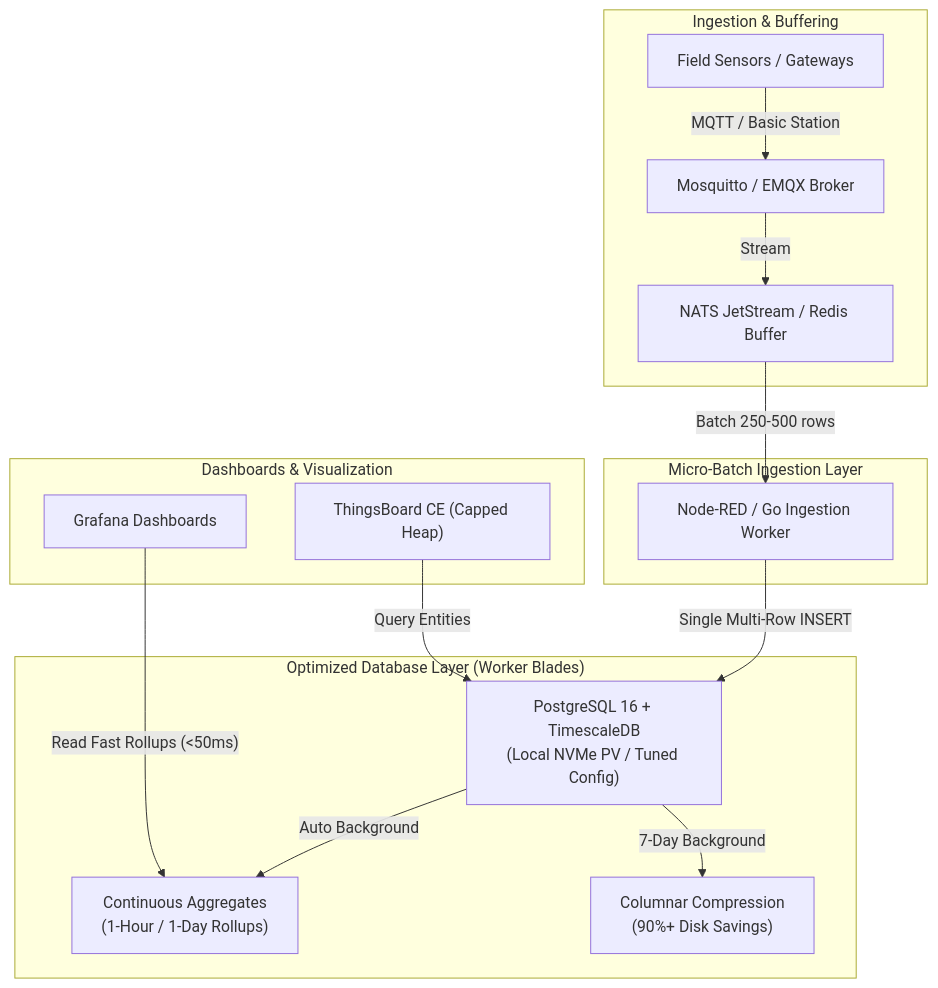
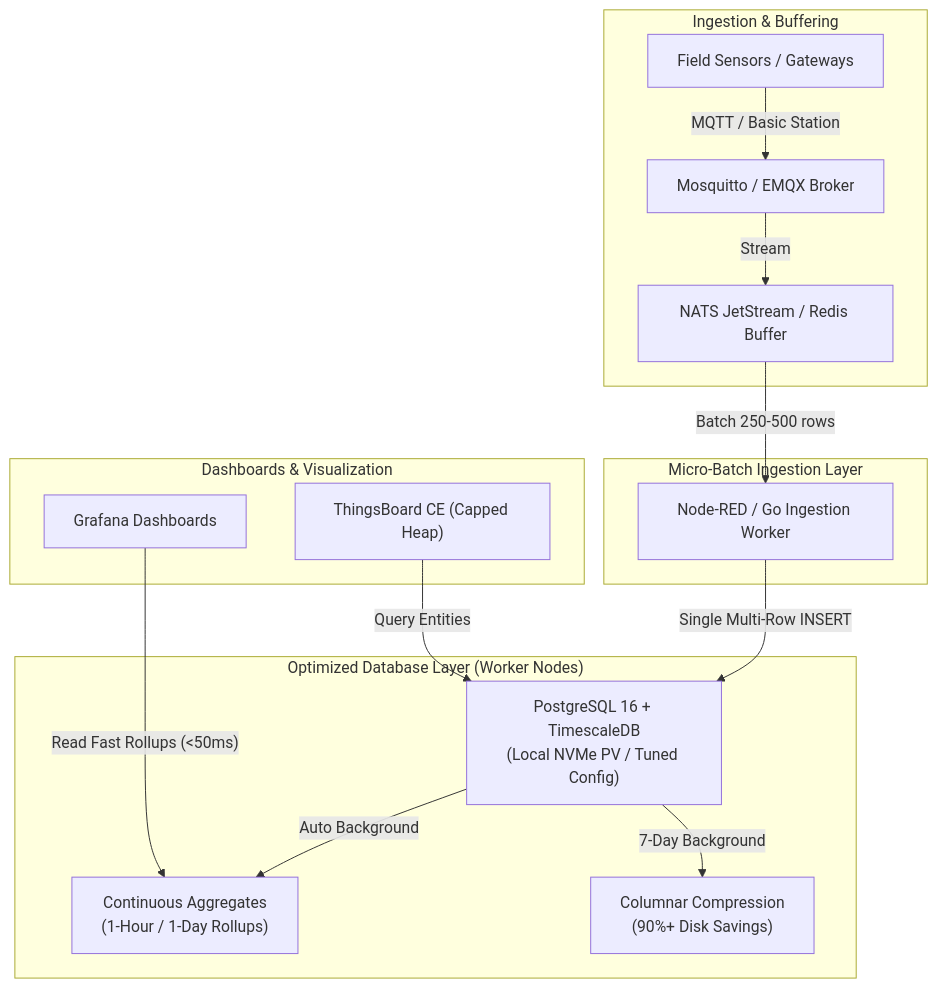
The diagram in docs/PHASE_2_CHIRPSTACK_THINGSBOARD_PERFORMANCE.md (paulkanz/super6c-k3s-ha), drawn with Mermaid before and after one commit. The commit also changed other lines of this file and 13 other files, not shown here.

Commit message:
docs: standardize terminology from blade to compute module/node across architecture and diagrams

````diff
--- a/docs/PHASE_2_CHIRPSTACK_THINGSBOARD_PERFORMANCE.md
+++ b/docs/PHASE_2_CHIRPSTACK_THINGSBOARD_PERFORMANCE.md
@@ -74,22 +74,22 @@
 ```mermaid
 flowchart TD
     subgraph INGEST ["Ingestion & Buffering"]
         SENSORS["Field Sensors / Gateways"] -->|MQTT / Basic Station| BROKER["Mosquitto / EMQX Broker"]
         BROKER -->|Stream| NATS["NATS JetStream / Redis Buffer"]
     end
 
     subgraph PIPELINE ["Micro-Batch Ingestion Layer"]
         NATS -->|Batch 250-500 rows| WORKER["Node-RED / Go Ingestion Worker"]
     end
 
-    subgraph DB ["Optimized Database Layer (Worker Blades)"]
+    subgraph DB ["Optimized Database Layer (Worker Nodes)"]
         WORKER -->|Single Multi-Row INSERT| PG["PostgreSQL 16 + TimescaleDB<br/>(Local NVMe PV / Tuned Config)"]
         PG -->|Auto Background| CAGGS["Continuous Aggregates<br/>(1-Hour / 1-Day Rollups)"]
         PG -->|7-Day Background| COMP["Columnar Compression<br/>(90%+ Disk Savings)"]
     end
 
     subgraph UI ["Dashboards & Visualization"]
         GRAF["Grafana Dashboards"] -->|"Read Fast Rollups (<50ms)"| CAGGS
         TB["ThingsBoard CE (Capped Heap)"] -->|Query Entities| PG
     end
 ```
````
